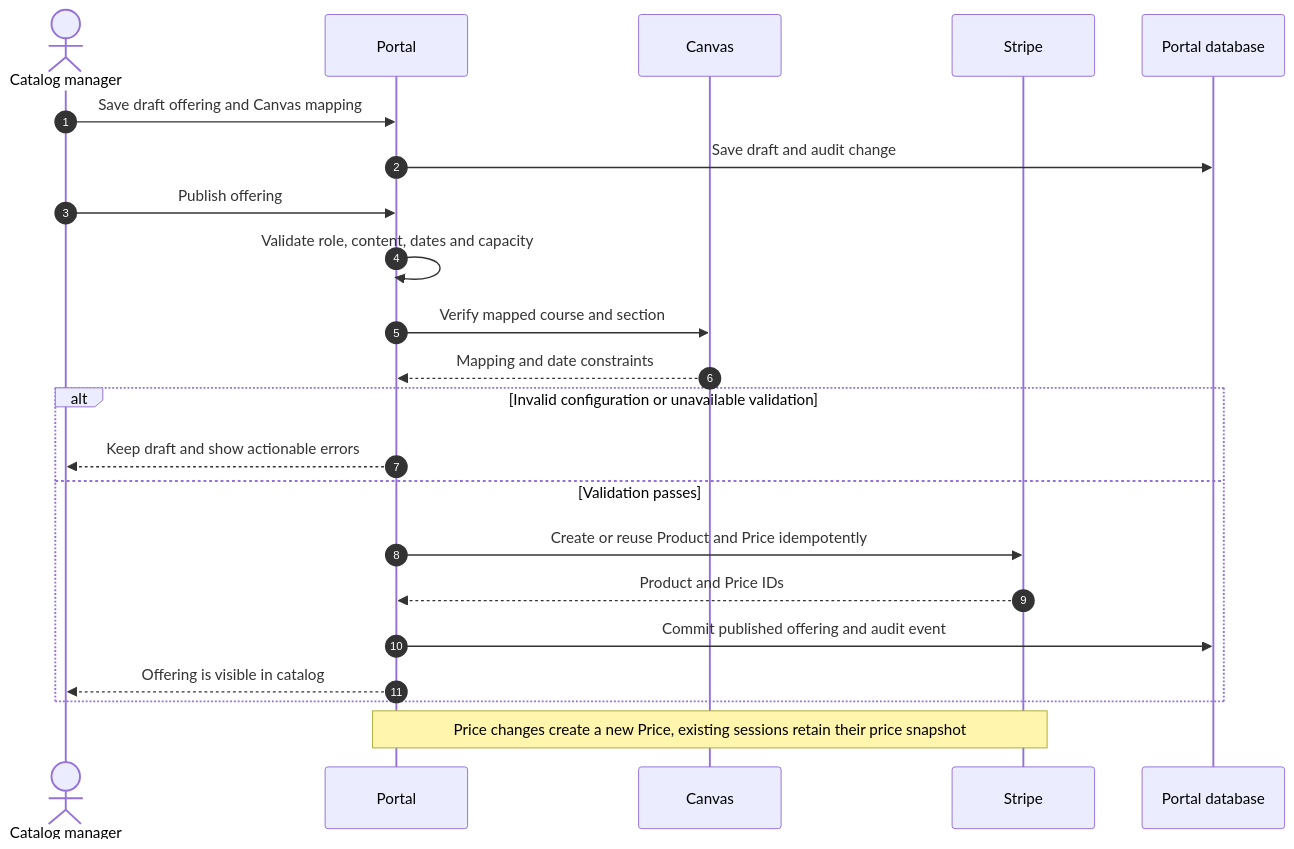
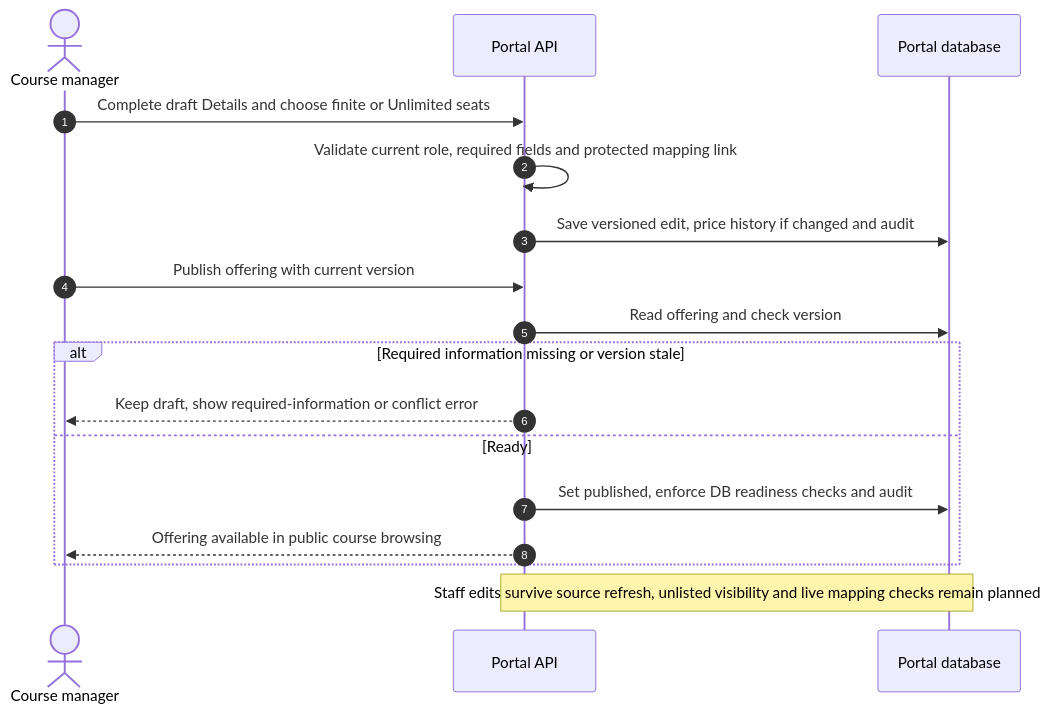
The fourth of 14 diagrams in docs/implementation-plan.md (dr-grizz/Continuing-Education), drawn with Mermaid before and after one commit. The commit also changed other lines of this file and 74 other files, not shown here.

First line of the commit message:
Implement Canvas OAuth course imports and offering controls

````diff
--- a/docs/implementation-plan.md
+++ b/docs/implementation-plan.md
@@ -380,24 +518,19 @@
 ```mermaid
 sequenceDiagram
     autonumber
-    actor Manager as Catalog manager
-    participant Portal
-    participant Canvas
-    participant Stripe
+    actor Manager as Course manager
+    participant Portal as Portal API
     participant DB as Portal database
-    Manager->>Portal: Save draft offering and Canvas mapping
-    Portal->>DB: Save draft and audit change
-    Manager->>Portal: Publish offering
-    Portal->>Portal: Validate role, content, dates and capacity
-    Portal->>Canvas: Verify mapped course and section
-    Canvas-->>Portal: Mapping and date constraints
-    alt Invalid configuration or unavailable validation
-        Portal-->>Manager: Keep draft and show actionable errors
-    else Validation passes
-        Portal->>Stripe: Create or reuse Product and Price idempotently
-        Stripe-->>Portal: Product and Price IDs
-        Portal->>DB: Commit published offering and audit event
-        Portal-->>Manager: Offering is visible in catalog
+    Manager->>Portal: Complete draft Details and choose finite or Unlimited seats
+    Portal->>Portal: Validate current role, required fields and protected mapping link
+    Portal->>DB: Save versioned edit, price history if changed and audit
+    Manager->>Portal: Publish offering with current version
+    Portal->>DB: Read offering and check version
+    alt Required information missing or version stale
+        Portal-->>Manager: Keep draft, show required-information or conflict error
+    else Ready
+        Portal->>DB: Set published, enforce DB readiness checks and audit
+        Portal-->>Manager: Offering available in public course browsing
     end
-    Note over Portal,Stripe: Price changes create a new Price, existing sessions retain their price snapshot
+    Note over Portal,DB: Staff edits survive source refresh, unlisted visibility and live mapping checks remain planned
 ```
````
